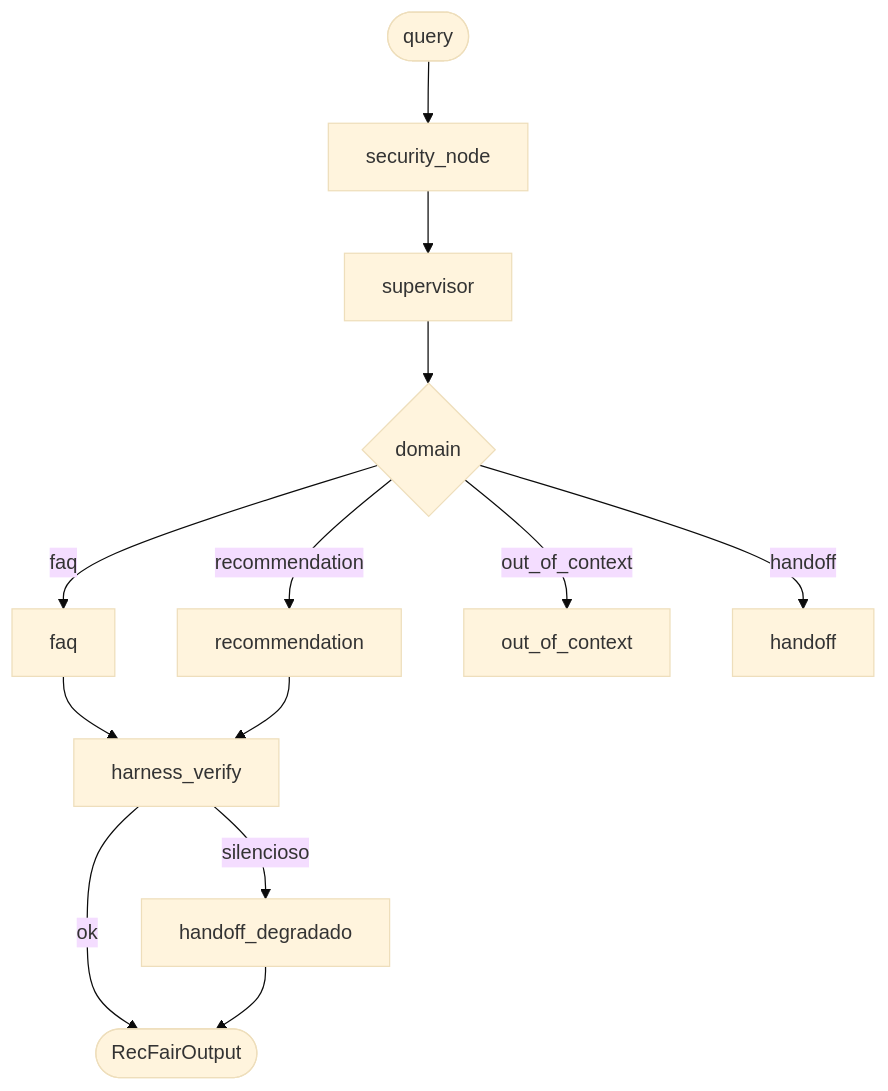
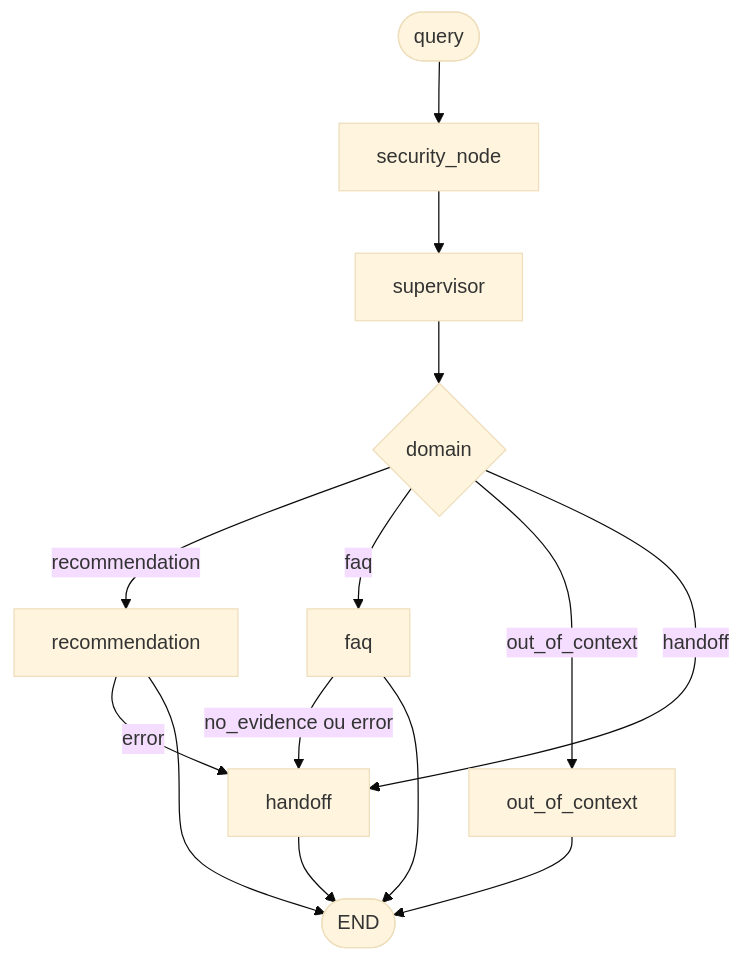
The second of 6 diagrams in recfair/docs/architecture.md (andluizsouza/unicamp-llm-agents), drawn with Mermaid (base theme) before and after one commit. The commit also changed other lines of this file and 13 other files, not shown here.

Commit message:
docs: updates for resilient architecture (E4)

````diff
--- a/recfair/docs/architecture.md
+++ b/recfair/docs/architecture.md
@@ -69,15 +98,16 @@
 ```mermaid
 flowchart TD
     START([query]) --> SEC[security_node]
     SEC --> SUP[supervisor]
     SUP --> ROUTE{domain}
     ROUTE -->|recommendation| REC[recommendation]
     ROUTE -->|faq| FAQ[faq]
     ROUTE -->|out_of_context| OOC[out_of_context]
     ROUTE -->|handoff| HO[handoff]
-    FAQ --> VER[harness_verify]
-    REC --> VER
-    VER -->|ok| END([RecFairOutput])
-    VER -->|silencioso| DEG[handoff_degradado]
-    DEG --> END
+    FAQ -->|no_evidence ou error| HO
+    REC -->|error| HO
+    REC --> ENDN([END])
+    FAQ --> ENDN
+    OOC --> ENDN
+    HO --> ENDN
 ```
````
